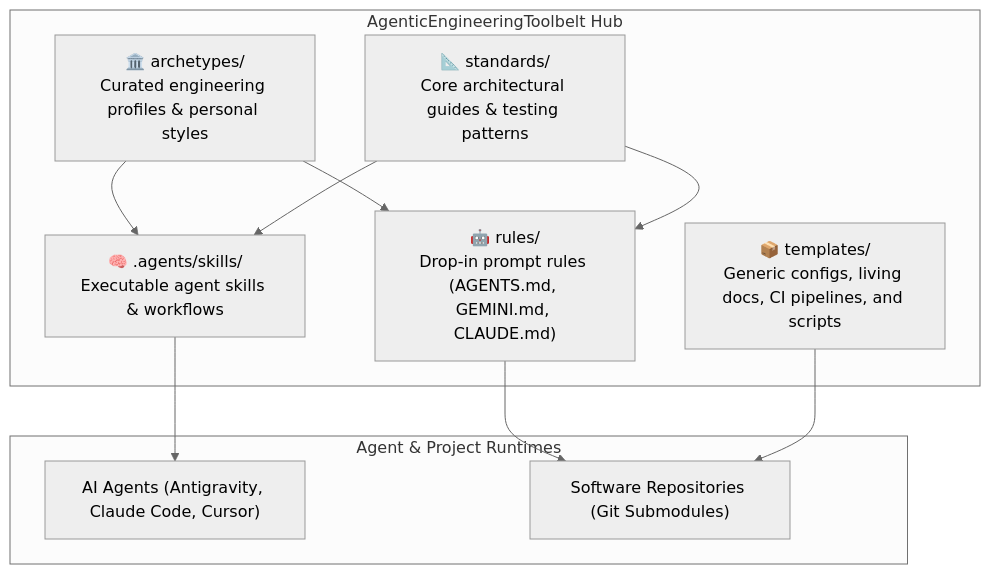
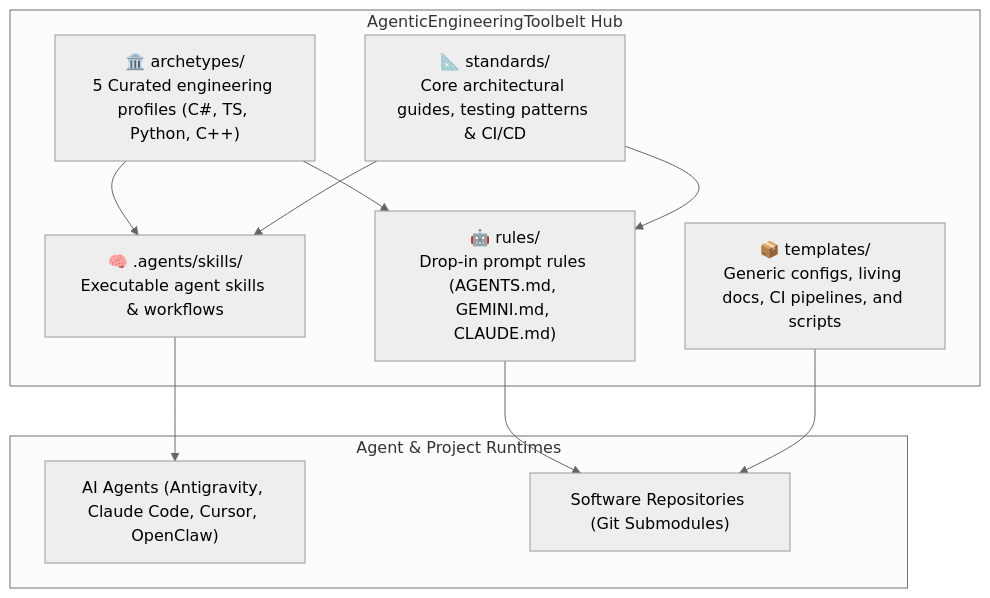
The diagram in README.md (spelech/AgenticEngineeringToolbelt), drawn with Mermaid (neutral theme) before and after one commit. The commit also changed other lines of this file, not shown here.

Commit message:
docs: update README.md with 5 archetypes, skills, and installation instructions

````diff
--- a/README.md
+++ b/README.md
@@ -14,19 +14,19 @@
 ```mermaid
 flowchart TD
     subgraph Toolbelt["AgenticEngineeringToolbelt Hub"]
-        Archetypes["🏛️ archetypes/<br>Curated engineering profiles & personal styles"]
-        Standards["📐 standards/<br>Core architectural guides & testing patterns"]
+        Archetypes["🏛️ archetypes/<br>5 Curated engineering profiles (C#, TS, Python, C++)"]
+        Standards["📐 standards/<br>Core architectural guides, testing patterns & CI/CD"]
         Skills["🧠 .agents/skills/<br>Executable agent skills & workflows"]
         Rules["🤖 rules/<br>Drop-in prompt rules (AGENTS.md, GEMINI.md, CLAUDE.md)"]
         Templates["📦 templates/<br>Generic configs, living docs, CI pipelines, and scripts"]
     end
 
     subgraph Runtimes["Agent & Project Runtimes"]
-        Agents["AI Agents (Antigravity, Claude Code, Cursor)"]
+        Agents["AI Agents (Antigravity, Claude Code, Cursor, OpenClaw)"]
         Repos["Software Repositories (Git Submodules)"]
     end
 
     Archetypes & Standards --> Skills & Rules
     Skills --> Agents
     Rules & Templates --> Repos
 ```
````
